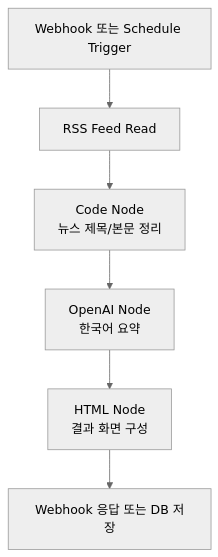
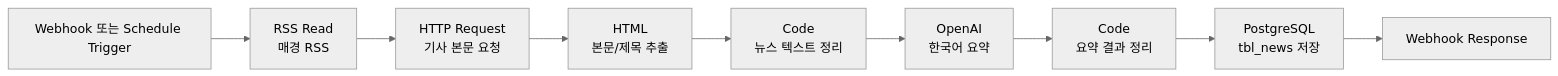
The fifth of 6 diagrams in README.md (tomatosugarpickled/announcement-_ai), drawn with Mermaid (neutral theme) before and after one commit. The commit also changed other lines of this file, not shown here.

````diff
--- a/README.md
+++ b/README.md
@@ -380,8 +352,11 @@
 ```mermaid
-flowchart TD
-    A["Webhook 또는 Schedule Trigger"] --> B["RSS Feed Read"]
-    B --> C["Code Node<br/>뉴스 제목/본문 정리"]
-    C --> D["OpenAI Node<br/>한국어 요약"]
-    D --> E["HTML Node<br/>결과 화면 구성"]
-    E --> F["Webhook 응답 또는 DB 저장"]
+flowchart LR
+    A["Webhook 또는 Schedule Trigger"] --> B["RSS Read<br/>매경 RSS"]
+    B --> C["HTTP Request<br/>기사 본문 요청"]
+    C --> D["HTML<br/>본문/제목 추출"]
+    D --> E["Code<br/>뉴스 텍스트 정리"]
+    E --> F["OpenAI<br/>한국어 요약"]
+    F --> G["Code<br/>요약 결과 정리"]
+    G --> H["PostgreSQL<br/>tbl_news 저장"]
+    H --> I["Webhook Response"]
 ```
````
